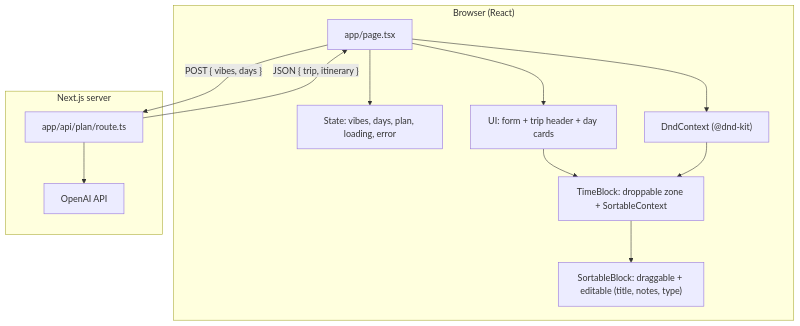
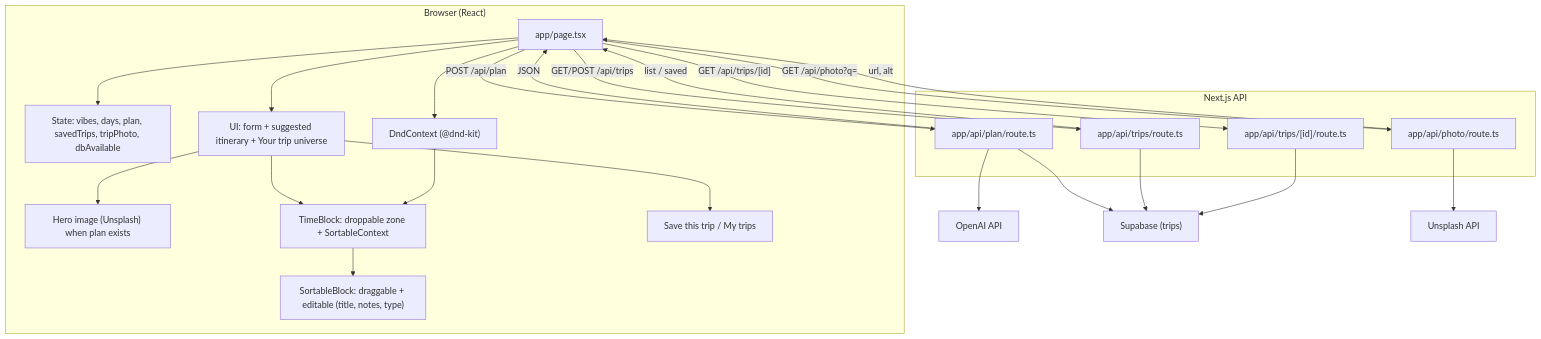
One commit to RaphLed/travel-planner changed the third of 4 diagrams in docs/how-it-works.md. Above: the diagram before and after it, drawn with Mermaid. The commit also changed other lines of this file and 15 other files, not shown here.

````diff
--- a/docs/how-it-works.md
+++ b/docs/how-it-works.md
@@ -56,20 +68,35 @@
 ```mermaid
 flowchart TB
   subgraph Client["Browser (React)"]
     Page["app/page.tsx"]
-    Page --> State["State: vibes, days, plan, loading, error"]
+    Page --> State["State: vibes, days, plan, savedTrips, tripPhoto, dbAvailable"]
     Page --> DND["DndContext (@dnd-kit)"]
-    Page --> UI["UI: form + trip header + day cards"]
+    Page --> UI["UI: form + suggested itinerary + Your trip universe"]
+    UI --> Hero["Hero image (Unsplash) when plan exists"]
     UI --> TimeBlock["TimeBlock: droppable zone + SortableContext"]
     TimeBlock --> SortableBlock["SortableBlock: draggable + editable (title, notes, type)"]
+    UI --> SaveLoad["Save this trip / My trips"]
     DND --> TimeBlock
   end
 
-  subgraph Server["Next.js server"]
-    Route["app/api/plan/route.ts"]
-    Route --> OpenAI["OpenAI API"]
+  subgraph Server["Next.js API"]
+    PlanRoute["app/api/plan/route.ts"]
+    TripsRoute["app/api/trips/route.ts"]
+    TripIdRoute["app/api/trips/[id]/route.ts"]
+    PhotoRoute["app/api/photo/route.ts"]
   end
 
-  Page -->|"POST { vibes, days }"| Route
-  Route -->|"JSON { trip, itinerary }"| Page
+  PlanRoute --> OpenAI["OpenAI API"]
+  PlanRoute --> Supabase["Supabase (plan_cache)"]
+  TripsRoute --> Supabase["Supabase (trips)"]
+  TripIdRoute --> Supabase["Supabase (trips)"]
+  PhotoRoute --> Unsplash["Unsplash API"]
+
+  Page -->|"POST /api/plan"| PlanRoute
+  Page -->|"GET/POST /api/trips"| TripsRoute
+  Page -->|"GET /api/trips/[id]"| TripIdRoute
+  Page -->|"GET /api/photo?q="| PhotoRoute
+  PlanRoute -->|"JSON"| Page
+  TripsRoute -->|"list / saved"| Page
+  PhotoRoute -->|"url, alt"| Page
 ```
````
